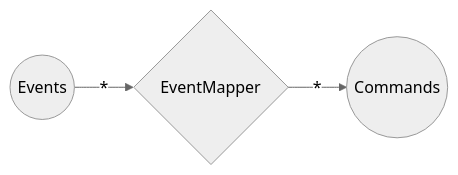
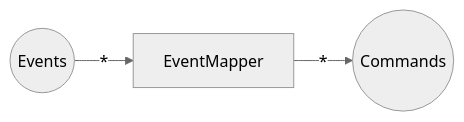
The third of 4 diagrams in packages/doc/docs/reventless-components-overview.md (ReventlessDev/reventless-core), drawn with Mermaid (neutral theme) before and after one commit. The commit also changed other lines of this file and 6 other files, not shown here.

````diff
--- a/packages/doc/docs/reventless-components-overview.md
+++ b/packages/doc/docs/reventless-components-overview.md
@@ -50,4 +48,4 @@
 ```mermaid
 graph LR
-    Events((Events)):::event -->|*| EventMapper{EventMapper}:::eventmapper -->|*| Commands((Commands)):::command
+    Events((Events)):::event -->|*| EventMapper[EventMapper]:::eventmapper -->|*| Commands((Commands)):::command
 ```
````
